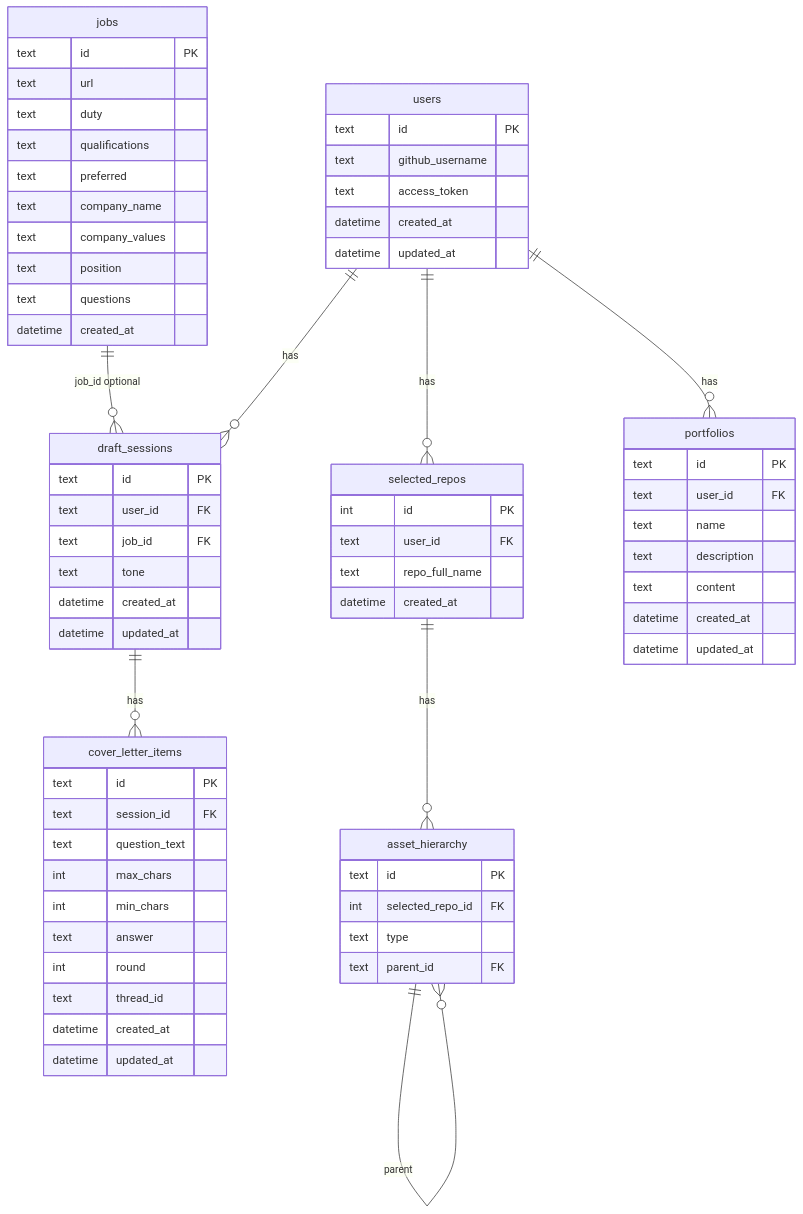
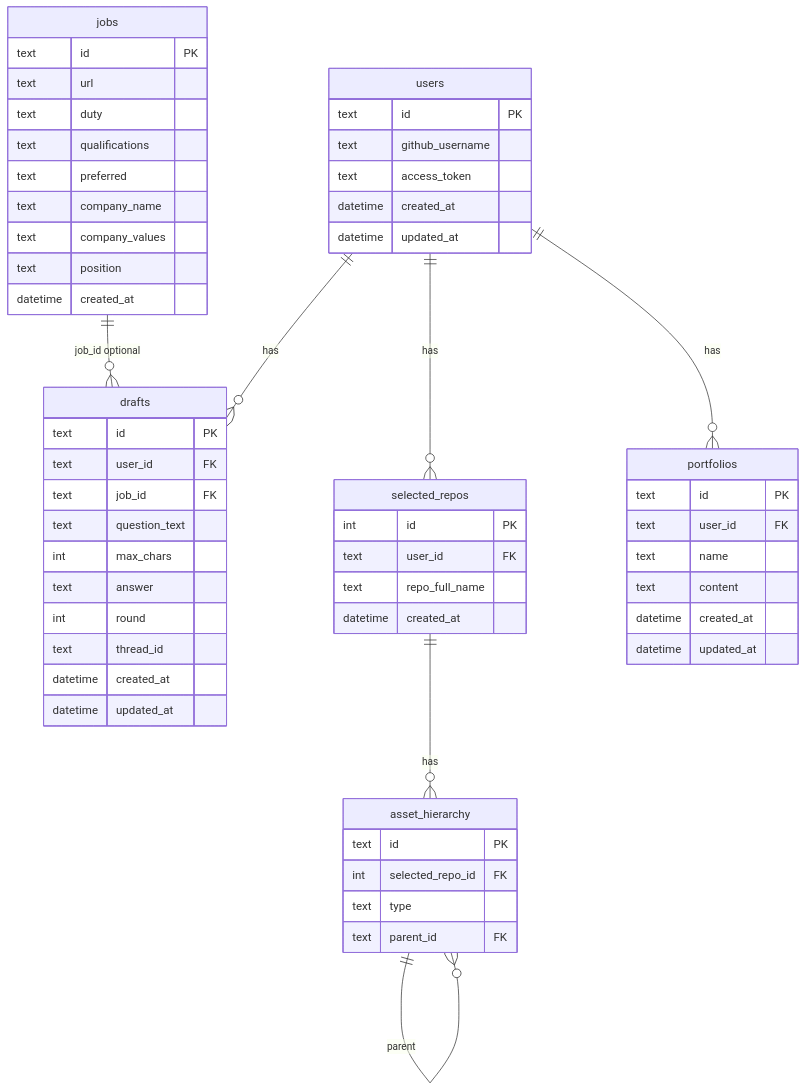
One commit to kocory1/AutoPolio changed the diagram in docs/AUTOFOLIO_DB_스키마_설계.md. Above: the diagram before and after it, drawn with Mermaid. The commit also changed other lines of this file and 9 other files, not shown here.

````diff
--- a/docs/AUTOFOLIO_DB_스키마_설계.md
+++ b/docs/AUTOFOLIO_DB_스키마_설계.md
@@ -220,77 +205,65 @@
 ```mermaid
 erDiagram
-    users ||--o{ draft_sessions : has
+    users ||--o{ drafts : has
     users ||--o{ selected_repos : has
     users ||--o{ portfolios : has
-    jobs ||--o{ draft_sessions : "job_id optional"
-    draft_sessions ||--o{ cover_letter_items : has
+    jobs ||--o{ drafts : "job_id optional"
     selected_repos ||--o{ asset_hierarchy : has
     asset_hierarchy ||--o{ asset_hierarchy : parent
 
     users {
         text id PK
         text github_username
         text access_token
         datetime created_at
         datetime updated_at
     }
 
-    draft_sessions {
+    drafts {
         text id PK
         text user_id FK
         text job_id FK
-        text tone
-        datetime created_at
-        datetime updated_at
-    }
-
-    cover_letter_items {
-        text id PK
-        text session_id FK
         text question_text
         int max_chars
-        int min_chars
         text answer
         int round
         text thread_id
         datetime created_at
         datetime updated_at
     }
 
     jobs {
         text id PK
         text url
         text duty
         text qualifications
         text preferred
         text company_name
         text company_values
         text position
-        text questions
         datetime created_at
     }
 
     selected_repos {
         int id PK
         text user_id FK
         text repo_full_name
         datetime created_at
     }
 
     asset_hierarchy {
         text id PK
         int selected_repo_id FK
         text type
         text parent_id FK
     }
 
     portfolios {
         text id PK
         text user_id FK
         text name
-        text description
         text content
         datetime created_at
         datetime updated_at
     }
 ```
````
